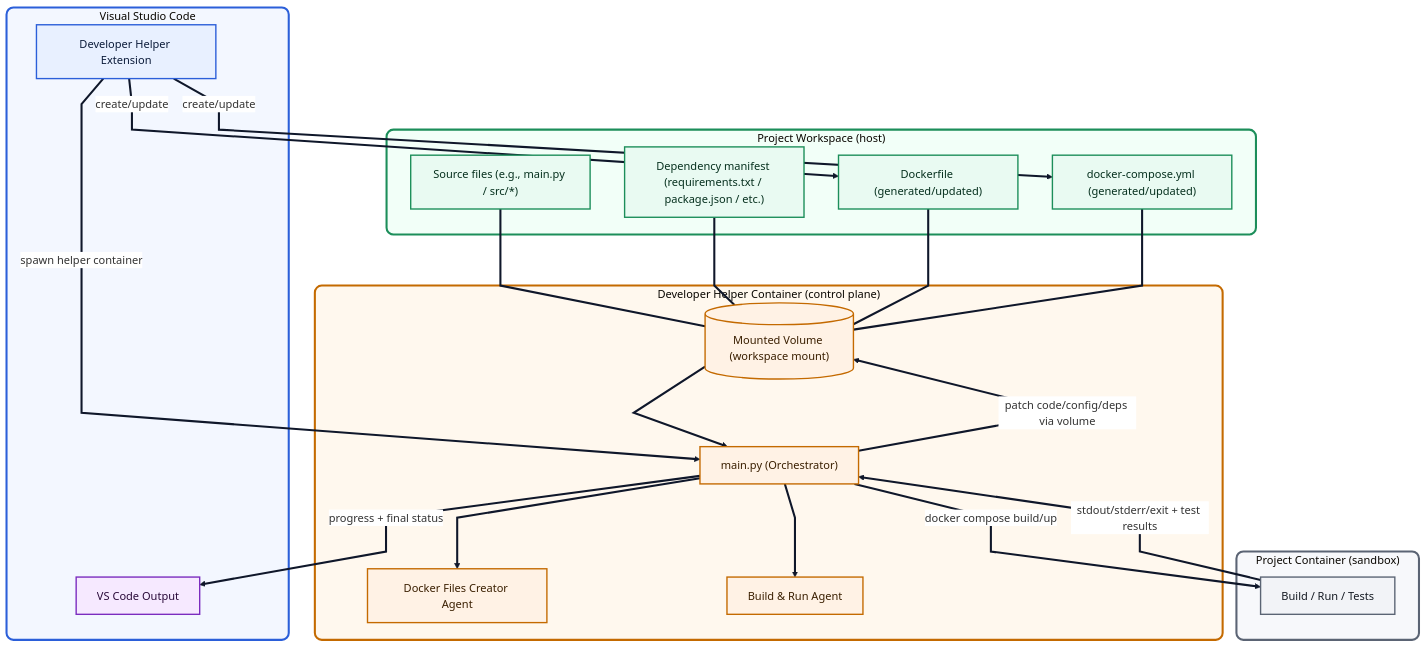
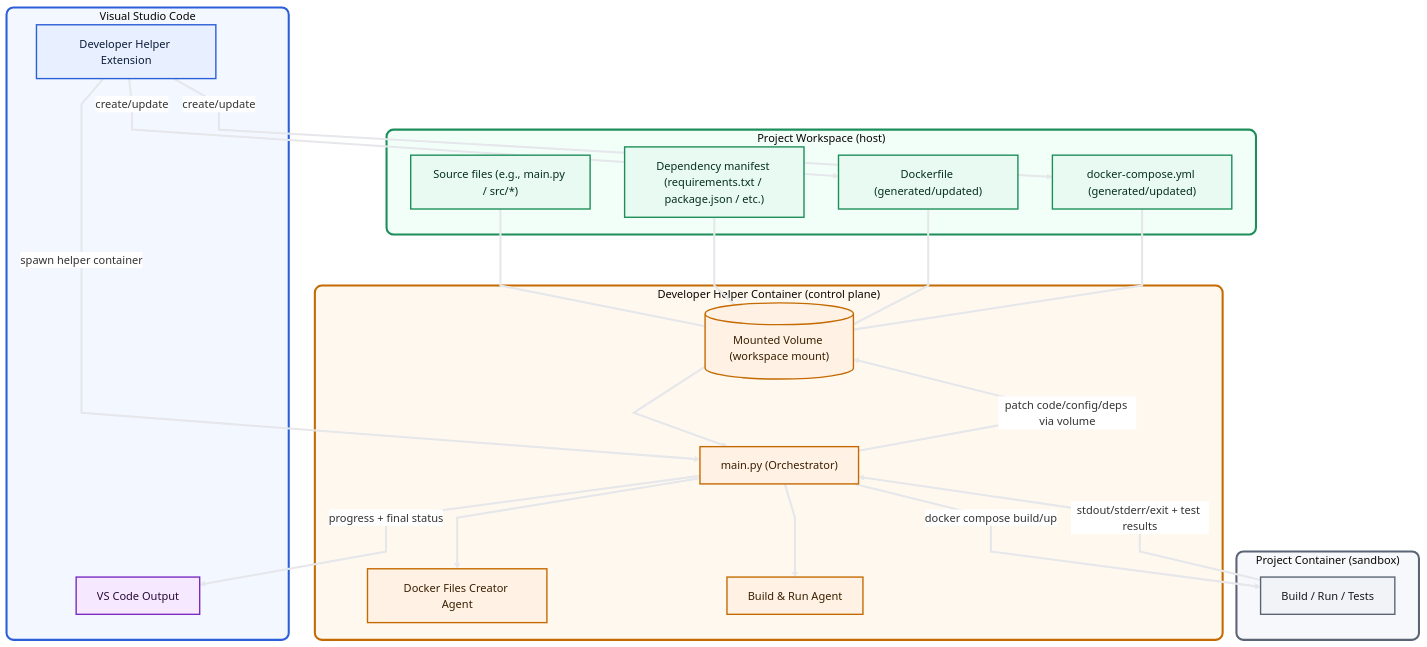
One commit to taskma/agentdrydock-demo changed the first of 3 diagrams in README.md. Above: the diagram before and after it, drawn with Mermaid.

````diff
--- a/README.md
+++ b/README.md
@@ -140,85 +140,86 @@
 ```mermaid
 %%{init: {
   "theme":"base",
   "flowchart":{"curve":"linear"},
   "themeVariables":{
     "background":"#FFFFFF",
     "mainBkg":"#FFFFFF",
     "lineColor":"#0F172A",
     "edgeLabelBackground":"#FFFFFF",
     "fontFamily":"ui-sans-serif, system-ui"
   }
 }}%%
 flowchart TB
   %% --- VS Code side ---
   subgraph VS["Visual Studio Code"]
     EXT["Developer Helper Extension"]
     OUT["VS Code Output"]
   end
 
   %% --- Project workspace ---
   subgraph PROJ["Project Workspace (host)"]
     SRC["Source files (e.g., main.py / src/*)"]
     REQ["Dependency manifest (requirements.txt / package.json / etc.)"]
     DF["Dockerfile (generated/updated)"]
     DC["docker-compose.yml (generated/updated)"]
   end
 
   %% --- Helper control plane ---
   subgraph HELP["Developer Helper Container (control plane)"]
     ORCH["main.py (Orchestrator)"]
     AG_DOCKER["Docker Files Creator Agent"]
     AG_BUILD["Build & Run Agent"]
     VOL[("Mounted Volume (workspace mount)")]
   end
 
   %% --- Execution sandbox ---
   subgraph RUN["Project Container (sandbox)"]
     RUNNER["Build / Run / Tests"]
   end
 
   %% --- Flows ---
   EXT -->|"create/update"| DF
   EXT -->|"create/update"| DC
 
   SRC --- VOL
   REQ --- VOL
   DF --- VOL
   DC --- VOL
 
   EXT -->|"spawn helper container"| ORCH
   VOL --> ORCH
 
   ORCH --> AG_DOCKER
   ORCH --> AG_BUILD
 
   ORCH -->|"docker compose build/up"| RUNNER
   RUNNER -->|"stdout/stderr/exit + test results"| ORCH
 
   ORCH -->|"patch code/config/deps via volume"| VOL
   ORCH -->|"progress + final status"| OUT
 
   %% Styling (boxes & areas)
   classDef vscode fill:#E8F0FF,stroke:#2B5FD9,stroke-width:2px,color:#0B1B3A;
   classDef workspace fill:#E9FAF2,stroke:#1C8E5A,stroke-width:2px,color:#06301E;
   classDef helper fill:#FFF2E5,stroke:#C46A00,stroke-width:2px,color:#3A1F00;
   classDef sandbox fill:#F2F3F7,stroke:#5B6474,stroke-width:2px,color:#141922;
   classDef output fill:#F6E9FF,stroke:#7B2CBF,stroke-width:2px,color:#2A0A3A;
 
   class EXT vscode;
   class OUT output;
   class SRC,REQ,DF,DC workspace;
   class ORCH,AG_DOCKER,AG_BUILD,VOL helper;
   class RUNNER sandbox;
 
   style VS fill:#F3F7FF,stroke:#2B5FD9,stroke-width:3px,rx:10,ry:10
   style PROJ fill:#F2FFF8,stroke:#1C8E5A,stroke-width:3px,rx:10,ry:10
   style HELP fill:#FFF8EE,stroke:#C46A00,stroke-width:3px,rx:10,ry:10
   style RUN fill:#F7F8FB,stroke:#5B6474,stroke-width:3px,rx:10,ry:10
 
   %% Make ALL lines/arrowheads visible
-  linkStyle default stroke:#0F172A,stroke-width:3px,opacity:1;
+  linkStyle default stroke:#E5E7EB,stroke-width:3px,opacity:1;
+
 
 
 
 ```
````
